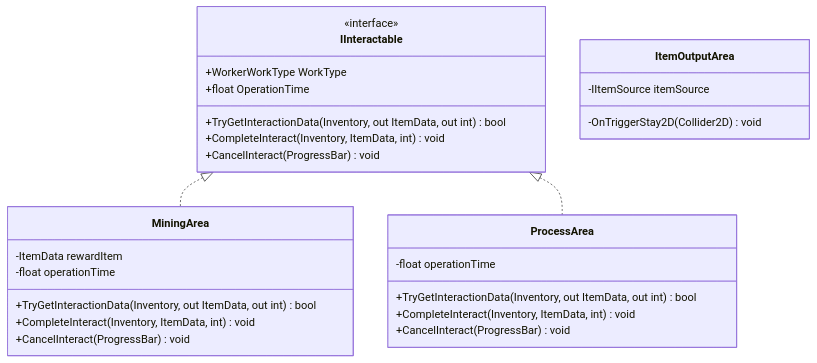
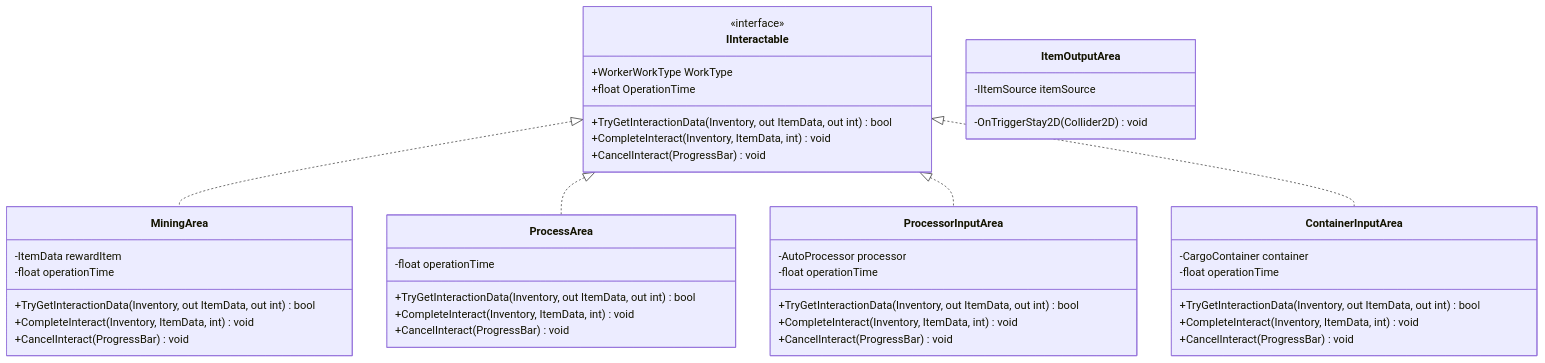
Before and after one commit to omerbartug/unity-mining-game: the first of 2 diagrams in Assets/Documentation/Areas.md, drawn with Mermaid. The commit also changed other lines of this file and 9 other files, not shown here.

First line of the commit message:
docs: complete system architecture - open for feature development

````diff
--- a/Assets/Documentation/Areas.md
+++ b/Assets/Documentation/Areas.md
@@ -13,34 +13,52 @@
 ```mermaid
 classDiagram
     class IInteractable {
         <<interface>>
         +WorkerWorkType WorkType
         +float OperationTime
         +TryGetInteractionData(Inventory, out ItemData, out int) bool
         +CompleteInteract(Inventory, ItemData, int) void
         +CancelInteract(ProgressBar) void
     }
 
     class MiningArea {
         -ItemData rewardItem
         -float operationTime
         +TryGetInteractionData(Inventory, out ItemData, out int) bool
         +CompleteInteract(Inventory, ItemData, int) void
         +CancelInteract(ProgressBar) void
     }
 
     class ProcessArea {
         -float operationTime
         +TryGetInteractionData(Inventory, out ItemData, out int) bool
         +CompleteInteract(Inventory, ItemData, int) void
         +CancelInteract(ProgressBar) void
     }
 
+    class ProcessorInputArea {
+        -AutoProcessor processor
+        -float operationTime
+        +TryGetInteractionData(Inventory, out ItemData, out int) bool
+        +CompleteInteract(Inventory, ItemData, int) void
+        +CancelInteract(ProgressBar) void
+    }
+
+    class ContainerInputArea {
+        -CargoContainer container
+        -float operationTime
+        +TryGetInteractionData(Inventory, out ItemData, out int) bool
+        +CompleteInteract(Inventory, ItemData, int) void
+        +CancelInteract(ProgressBar) void
+    }
+
     class ItemOutputArea {
         -IItemSource itemSource
         -OnTriggerStay2D(Collider2D) void
     }
 
     IInteractable <|.. MiningArea
     IInteractable <|.. ProcessArea
+    IInteractable <|.. ProcessorInputArea
+    IInteractable <|.. ContainerInputArea
 ```
````
